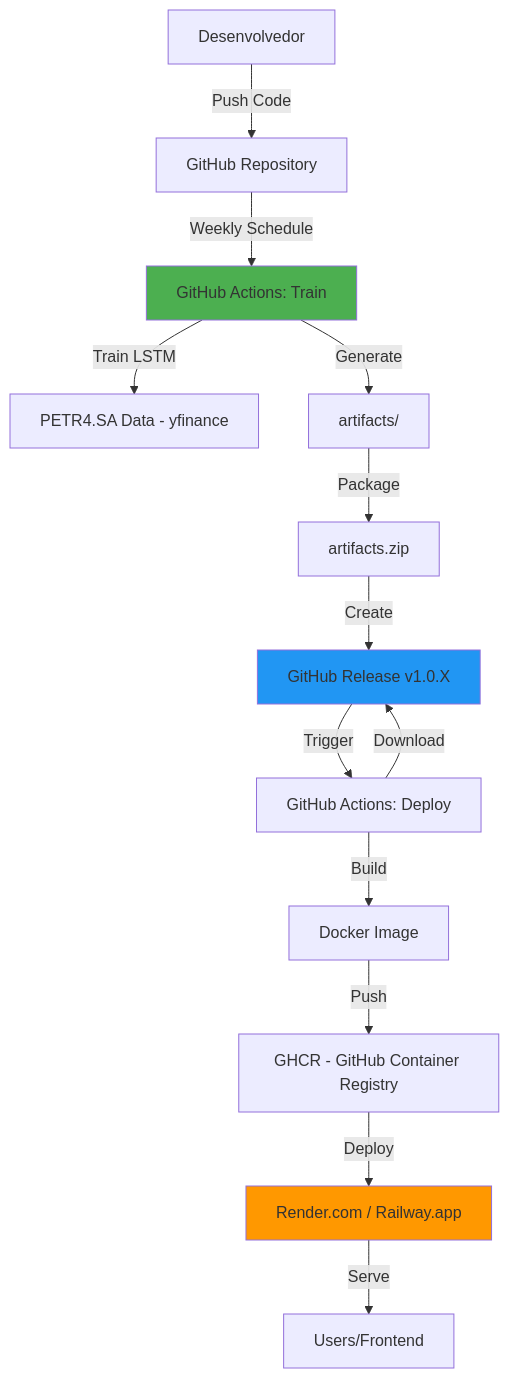
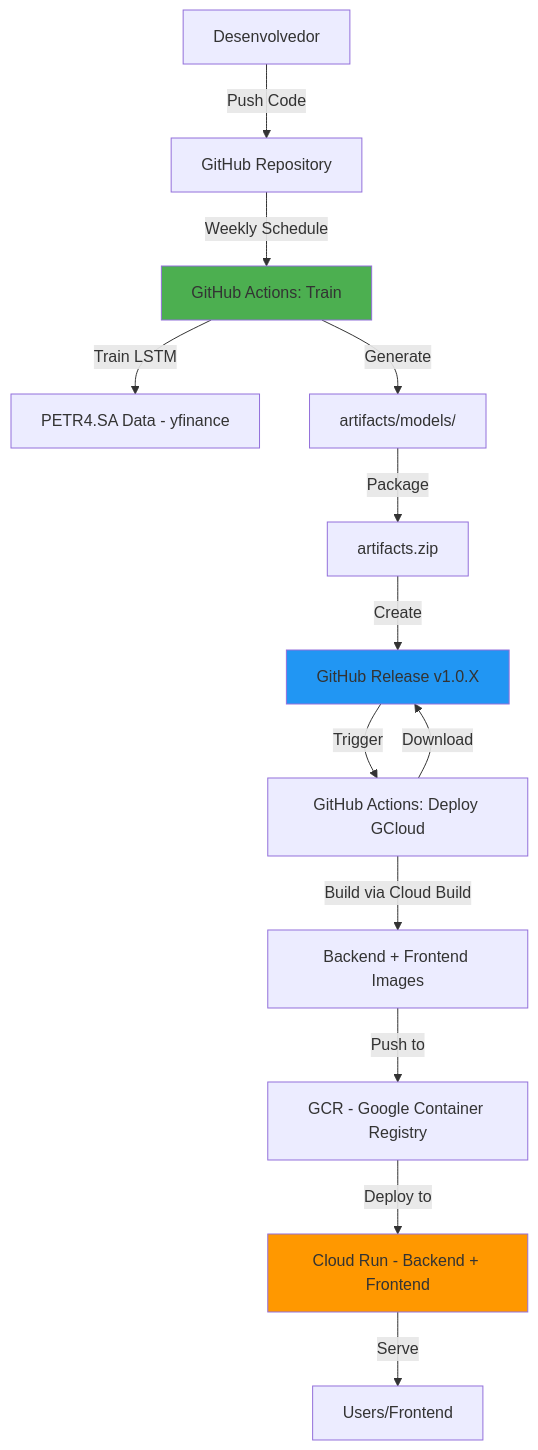
The diagram in docs/ARCHITECTURE_MLOPS.md (adriannylelis/stock-prediction-lstm-api), drawn with Mermaid before and after one commit. The commit also changed other lines of this file and 3 other files, not shown here.

````diff
--- a/docs/ARCHITECTURE_MLOPS.md
+++ b/docs/ARCHITECTURE_MLOPS.md
@@ -28,19 +30,19 @@
 ```mermaid
 graph TB
     A[Desenvolvedor] -->|Push Code| B[GitHub Repository]
     B -->|Weekly Schedule| C[GitHub Actions: Train]
     C -->|Train LSTM| D[PETR4.SA Data - yfinance]
-    C -->|Generate| E[artifacts/]
+    C -->|Generate| E[artifacts/models/]
     E -->|Package| F[artifacts.zip]
     F -->|Create| G[GitHub Release v1.0.X]
-    G -->|Trigger| H[GitHub Actions: Deploy]
+    G -->|Trigger| H[GitHub Actions: Deploy GCloud]
     H -->|Download| G
-    H -->|Build| I[Docker Image]
-    I -->|Push| J[GHCR - GitHub Container Registry]
-    J -->|Deploy| K[Render.com / Railway.app]
+    H -->|Build via Cloud Build| I[Backend + Frontend Images]
+    I -->|Push to| J[GCR - Google Container Registry]
+    J -->|Deploy to| K[Cloud Run - Backend + Frontend]
     K -->|Serve| L[Users/Frontend]
     
     style C fill:#4CAF50
     style G fill:#2196F3
     style K fill:#FF9800
 ```
````
